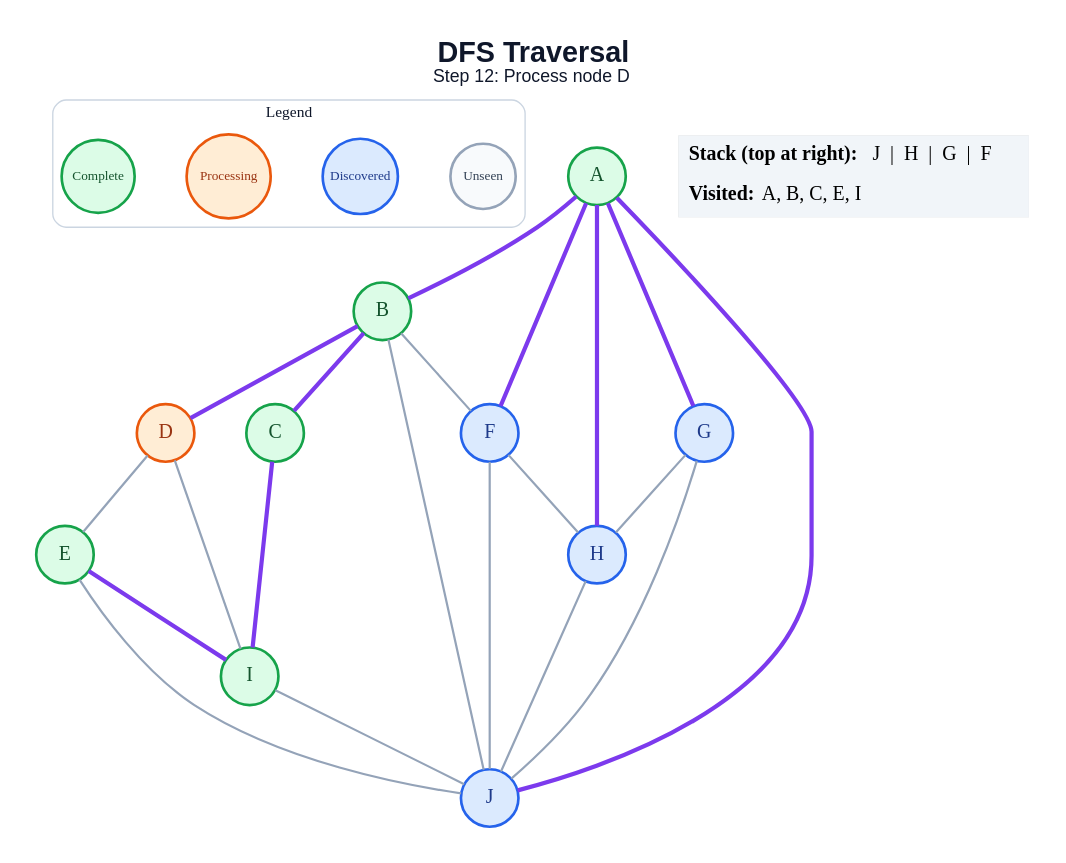
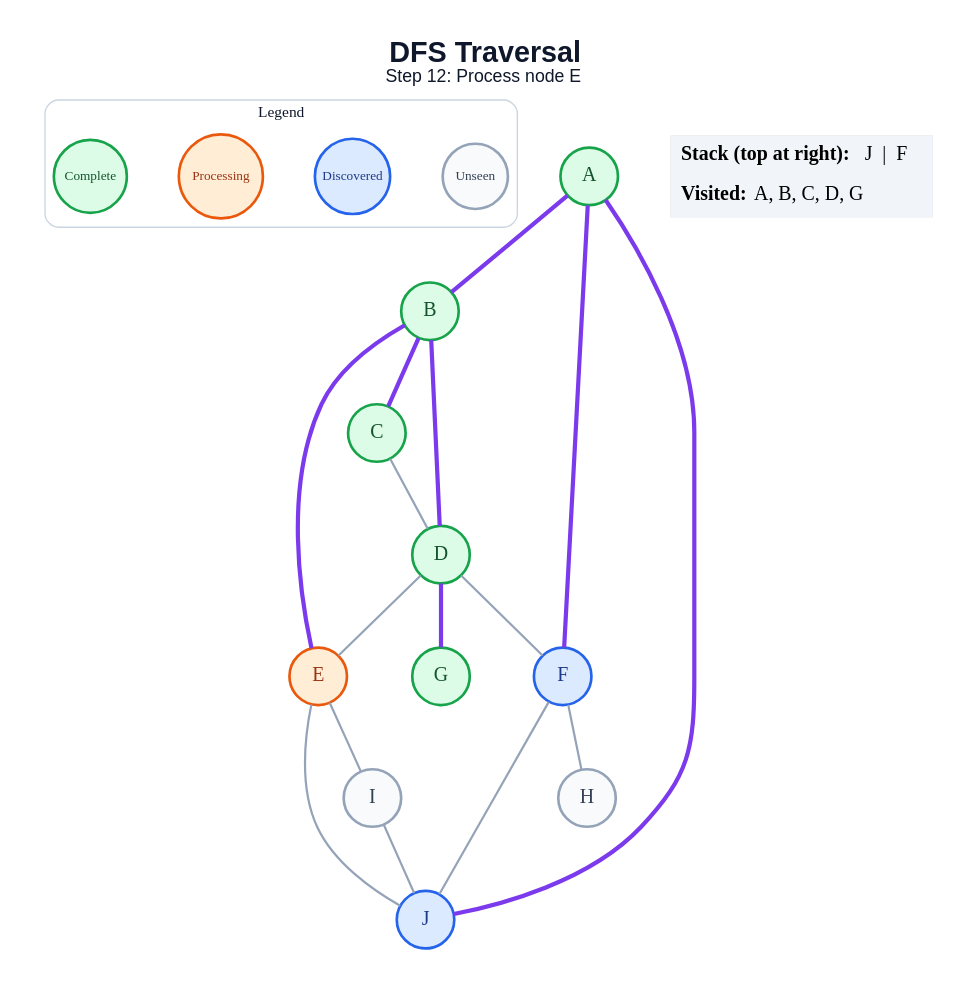
One commit to anon7238593-create/ai-slop changed the diagram in generated/dfs/step_12.dot. Above: the diagram before and after it, drawn with Graphviz. The commit also changed 178 other files, not shown here.

```diff
--- a/generated/dfs/step_12.dot
+++ b/generated/dfs/step_12.dot
@@ -1,49 +1,44 @@
 graph traversal {
   graph [layout=dot, rankdir=TB, bgcolor="#FFFFFF", pad="0.35", nodesep="0.65", ranksep="0.8", fontname="Arial"];
   node [shape=circle, style="filled", fontname="Arial Bold", fontsize=18, width=0.72, fixedsize=true, penwidth=2.4];
   edge [color="#94A3B8", penwidth=2.0];
-  label=<<B>DFS Traversal</B><BR/><FONT POINT-SIZE="16">Step 12: Process node D</FONT>>; labelloc="t"; fontsize=26; fontname="Arial"; fontcolor="#0F172A";
+  label=<<B>DFS Traversal</B><BR/><FONT POINT-SIZE="16">Step 12: Process node E</FONT>>; labelloc="t"; fontsize=26; fontname="Arial"; fontcolor="#0F172A";
   subgraph cluster_legend { label="Legend"; color="#CBD5E1"; penwidth=1.2; style="rounded"; fontsize=14; fontname="Arial Bold";
     key_unseen [label="Unseen", fillcolor="#F8FAFC", color="#94A3B8", fontcolor="#334155", fontsize=12, width=0.82];
     key_frontier [label="Discovered", fillcolor="#DBEAFE", color="#2563EB", fontcolor="#1E3A8A", fontsize=12, width=0.95];
     key_current [label="Processing", fillcolor="#FFEDD5", color="#EA580C", fontcolor="#9A3412", fontsize=12, width=1.05];
     key_done [label="Complete", fillcolor="#DCFCE7", color="#16A34A", fontcolor="#14532D", fontsize=12, width=0.92];
     { rank=same; key_unseen; key_frontier; key_current; key_done; }
   }
   A [fillcolor="#DCFCE7", color="#16A34A", fontcolor="#14532D"];
   B [fillcolor="#DCFCE7", color="#16A34A", fontcolor="#14532D"];
   C [fillcolor="#DCFCE7", color="#16A34A", fontcolor="#14532D"];
-  D [fillcolor="#FFEDD5", color="#EA580C", fontcolor="#9A3412"];
-  E [fillcolor="#DCFCE7", color="#16A34A", fontcolor="#14532D"];
+  D [fillcolor="#DCFCE7", color="#16A34A", fontcolor="#14532D"];
+  E [fillcolor="#FFEDD5", color="#EA580C", fontcolor="#9A3412"];
   F [fillcolor="#DBEAFE", color="#2563EB", fontcolor="#1E3A8A"];
-  G [fillcolor="#DBEAFE", color="#2563EB", fontcolor="#1E3A8A"];
-  H [fillcolor="#DBEAFE", color="#2563EB", fontcolor="#1E3A8A"];
-  I [fillcolor="#DCFCE7", color="#16A34A", fontcolor="#14532D"];
+  G [fillcolor="#DCFCE7", color="#16A34A", fontcolor="#14532D"];
+  H [fillcolor="#F8FAFC", color="#94A3B8", fontcolor="#334155"];
+  I [fillcolor="#F8FAFC", color="#94A3B8", fontcolor="#334155"];
   J [fillcolor="#DBEAFE", color="#2563EB", fontcolor="#1E3A8A"];
   A -- B [color="#7C3AED", penwidth=3.8];
   A -- F [color="#7C3AED", penwidth=3.8];
-  A -- G [color="#7C3AED", penwidth=3.8];
-  A -- H [color="#7C3AED", penwidth=3.8];
   A -- J [color="#7C3AED", penwidth=3.8];
   B -- C [color="#7C3AED", penwidth=3.8];
   B -- D [color="#7C3AED", penwidth=3.8];
-  B -- F;
-  B -- J;
-  C -- I [color="#7C3AED", penwidth=3.8];
+  B -- E [color="#7C3AED", penwidth=3.8];
+  C -- D;
   D -- E;
-  D -- I;
-  E -- I [color="#7C3AED", penwidth=3.8];
+  D -- F;
+  D -- G [color="#7C3AED", penwidth=3.8];
+  E -- I;
   E -- J;
   F -- H;
   F -- J;
-  G -- H;
-  G -- J;
-  H -- J;
   I -- J;
   status [shape=plain, fixedsize=false, width=0, height=0, margin=0, label=<
     <TABLE BORDER="0" CELLBORDER="0" CELLPADDING="7" BGCOLOR="#F1F5F9">
-      <TR><TD ALIGN="LEFT"><B>Stack (top at right):</B> J  |  H  |  G  |  F</TD></TR>
-      <TR><TD ALIGN="LEFT"><B>Visited:</B> A, B, C, E, I</TD></TR>
+      <TR><TD ALIGN="LEFT"><B>Stack (top at right):</B> J  |  F</TD></TR>
+      <TR><TD ALIGN="LEFT"><B>Visited:</B> A, B, C, D, G</TD></TR>
     </TABLE>
   >];
 }
```
